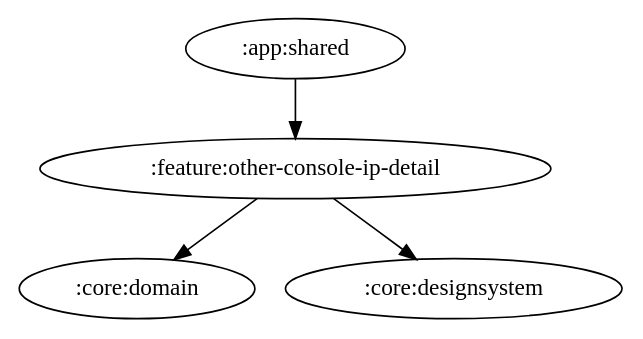
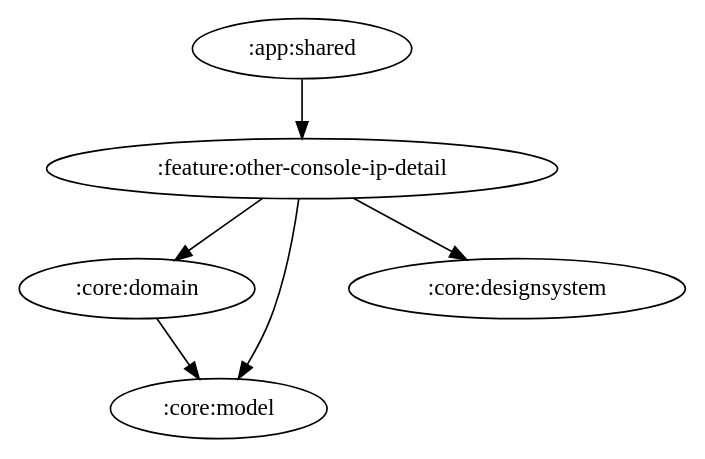
The diagram in docs/graphs/feature-other-console-ip-detail.gv (ai-kurou/KoDriver), drawn with Graphviz before and after one commit. The commit also changed 63 other files, not shown here.

Commit message:
chore: update module graph images

```diff
--- a/docs/graphs/feature-other-console-ip-detail.gv
+++ b/docs/graphs/feature-other-console-ip-detail.gv
@@ -1,6 +1,8 @@
 digraph G {
   rankdir=TB
   ":app:shared" -> ":feature:other-console-ip-detail"
+  ":core:domain" -> ":core:model"
   ":feature:other-console-ip-detail" -> ":core:domain"
   ":feature:other-console-ip-detail" -> ":core:designsystem"
+  ":feature:other-console-ip-detail" -> ":core:model"
 }
```
